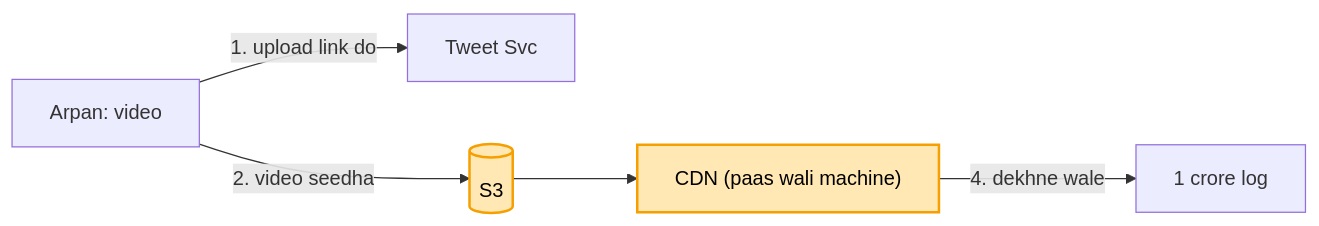
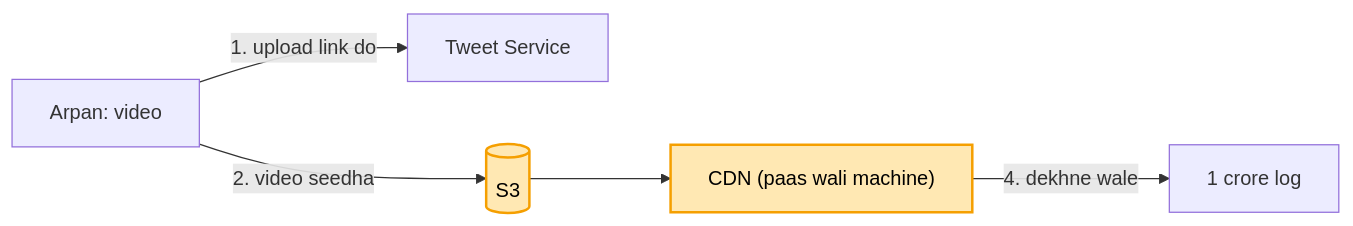
The eighth of 9 diagrams in 04_HLD/SYSTEM_DESIGNS/03_twitter_feed/03_twitter_feed.md (ArpanMaheshwari144/Prep), drawn with Mermaid before and after one commit. The commit also changed other lines of this file and 8 other files, not shown here.

````diff
--- a/04_HLD/SYSTEM_DESIGNS/03_twitter_feed/03_twitter_feed.md
+++ b/04_HLD/SYSTEM_DESIGNS/03_twitter_feed/03_twitter_feed.md
@@ -312,9 +312,9 @@
 ```mermaid
 flowchart LR
-    U["Arpan: video"] -- "1. upload link do" --> TS["Tweet Svc"]
+    U["Arpan: video"] -- "1. upload link do" --> TS["Tweet Service"]
     U -- "2. video seedha" --> S3[("S3")]
     S3 --> CDN["CDN (paas wali machine)"]
     CDN -- "4. dekhne wale" --> V["1 crore log"]
     style S3 fill:#ffe8b3,stroke:#f59f00,stroke-width:2px,color:#000
     style CDN fill:#ffe8b3,stroke:#f59f00,stroke-width:2px,color:#000
 ```
````
